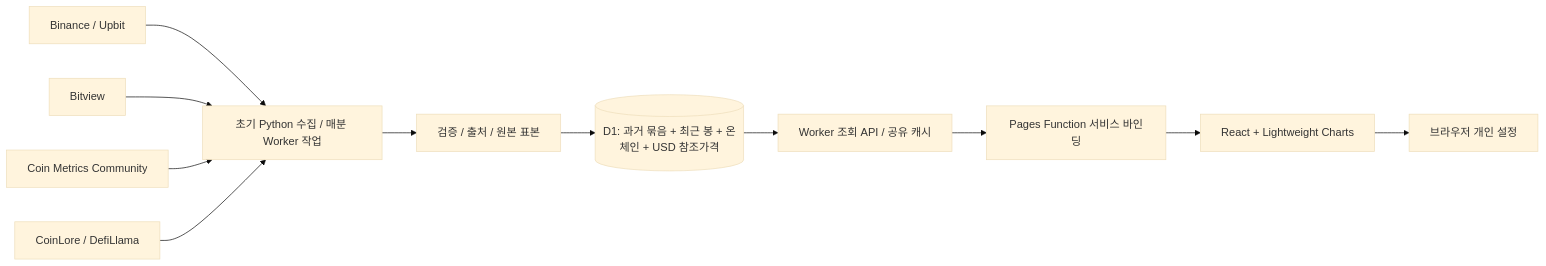
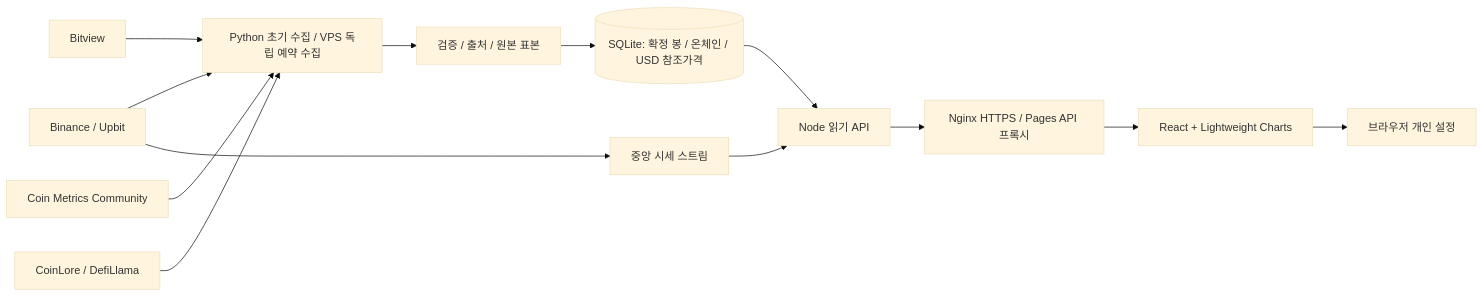
Before and after one commit to pollmap/coin-desk: the diagram in README.md, drawn with Mermaid (base theme). The commit also changed other lines of this file and 19 other files, not shown here.

````diff
--- a/README.md
+++ b/README.md
@@ -109,13 +109,15 @@
 ```mermaid
 flowchart LR
-  E[Binance / Upbit] --> C[초기 Python 수집 / 매분 Worker 작업]
+  E[Binance / Upbit] --> C[Python 초기 수집 / VPS 독립 예약 수집]
   B[Bitview] --> C
   R[Coin Metrics Community] --> C
   G[CoinLore / DefiLlama] --> C
   C --> V[검증 / 출처 / 원본 표본]
-  V --> D[(D1: 과거 묶음 + 최근 봉 + 온체인 + USD 참조가격)]
-  D --> A[Worker 조회 API / 공유 캐시]
-  A --> P[Pages Function 서비스 바인딩]
+  V --> D[(SQLite: 확정 봉 / 온체인 / USD 참조가격)]
+  D --> A[Node 읽기 API]
+  E --> Q[중앙 시세 스트림]
+  Q --> A
+  A --> P[Nginx HTTPS / Pages API 프록시]
   P --> U[React + Lightweight Charts]
   U --> L[브라우저 개인 설정]
 ```
````
